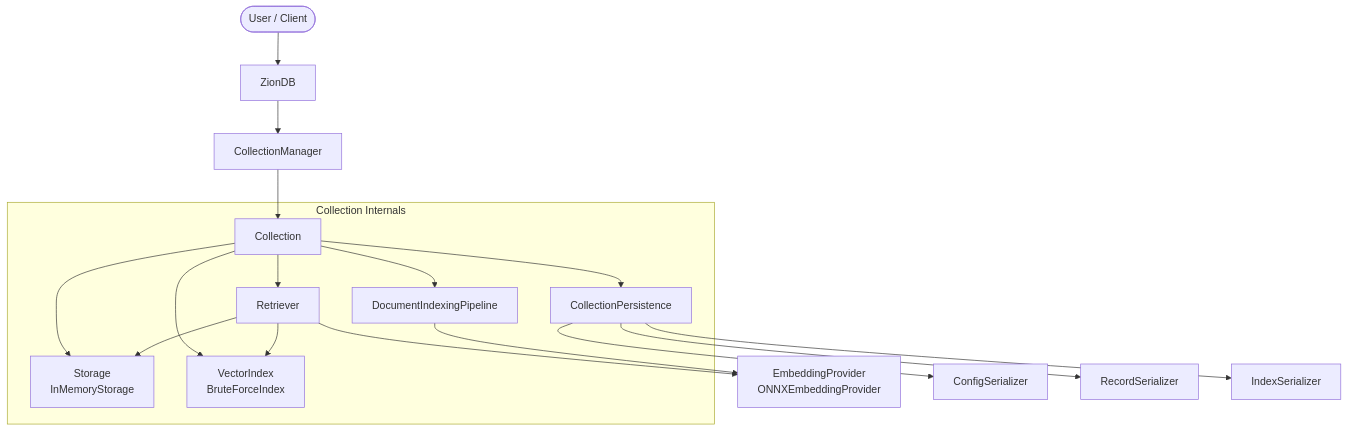
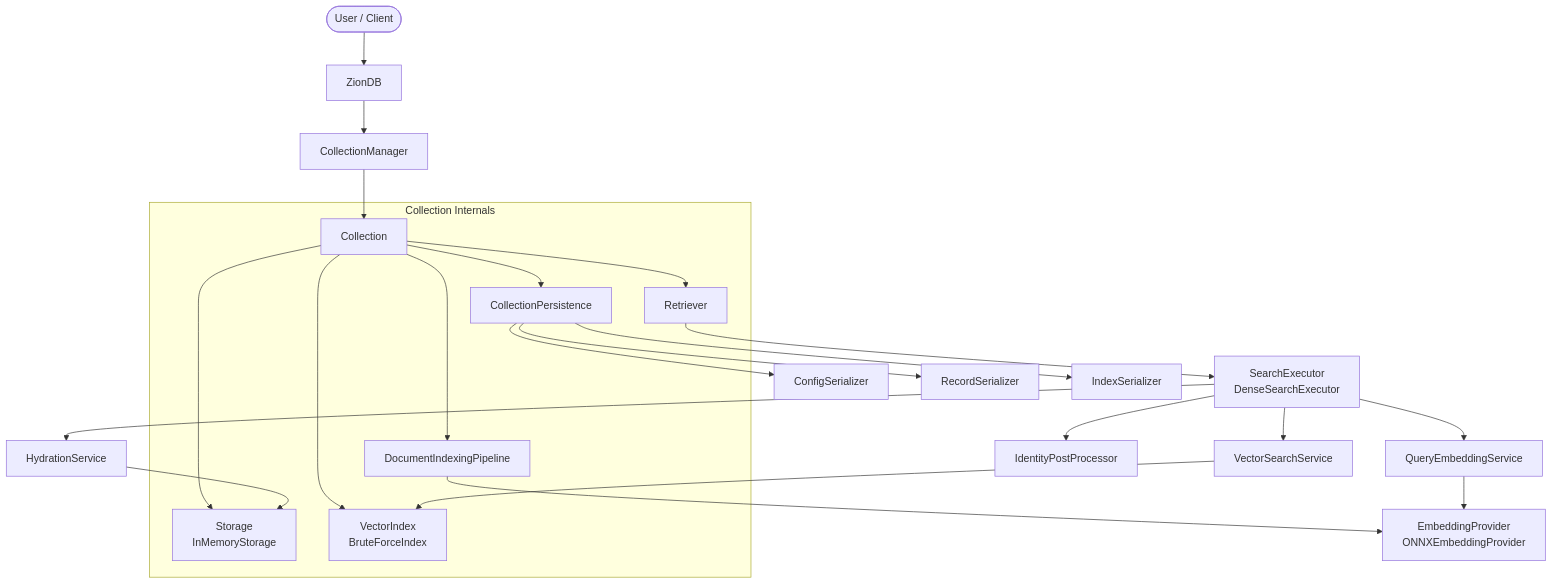
One commit to harshoza111/ZionDB changed the first of 5 diagrams in docs/architecture.md. Above: the diagram before and after it, drawn with Mermaid. The commit also changed other lines of this file and 22 other files, not shown here.

Commit message:
Refactor retrieval pipeline into explicit modular services and SearchExecutor abstraction

````diff
--- a/docs/architecture.md
+++ b/docs/architecture.md
@@ -19,23 +19,29 @@
 ```mermaid
 graph TD
     User([User / Client]) --> db[ZionDB]
     db --> manager[CollectionManager]
     manager --> collection[Collection]
     
     subgraph Collection Internals
         collection --> storage[Storage\nInMemoryStorage]
         collection --> index[VectorIndex\nBruteForceIndex]
         collection --> retriever[Retriever]
         collection --> pipeline[DocumentIndexingPipeline]
         collection --> persistence[CollectionPersistence]
     end
     
-    retriever --> index
-    retriever --> storage
-    retriever --> embedder[EmbeddingProvider\nONNXEmbeddingProvider]
+    retriever --> executor[SearchExecutor\nDenseSearchExecutor]
+    executor --> q_embed[QueryEmbeddingService]
+    executor --> v_search[VectorSearchService]
+    executor --> hydrate[HydrationService]
+    executor --> post_proc[IdentityPostProcessor]
+    
+    q_embed --> embedder[EmbeddingProvider\nONNXEmbeddingProvider]
+    v_search --> index
+    hydrate --> storage
     pipeline --> embedder
     
     persistence --> config_ser[ConfigSerializer]
     persistence --> record_ser[RecordSerializer]
     persistence --> index_ser[IndexSerializer]
 ```
````
